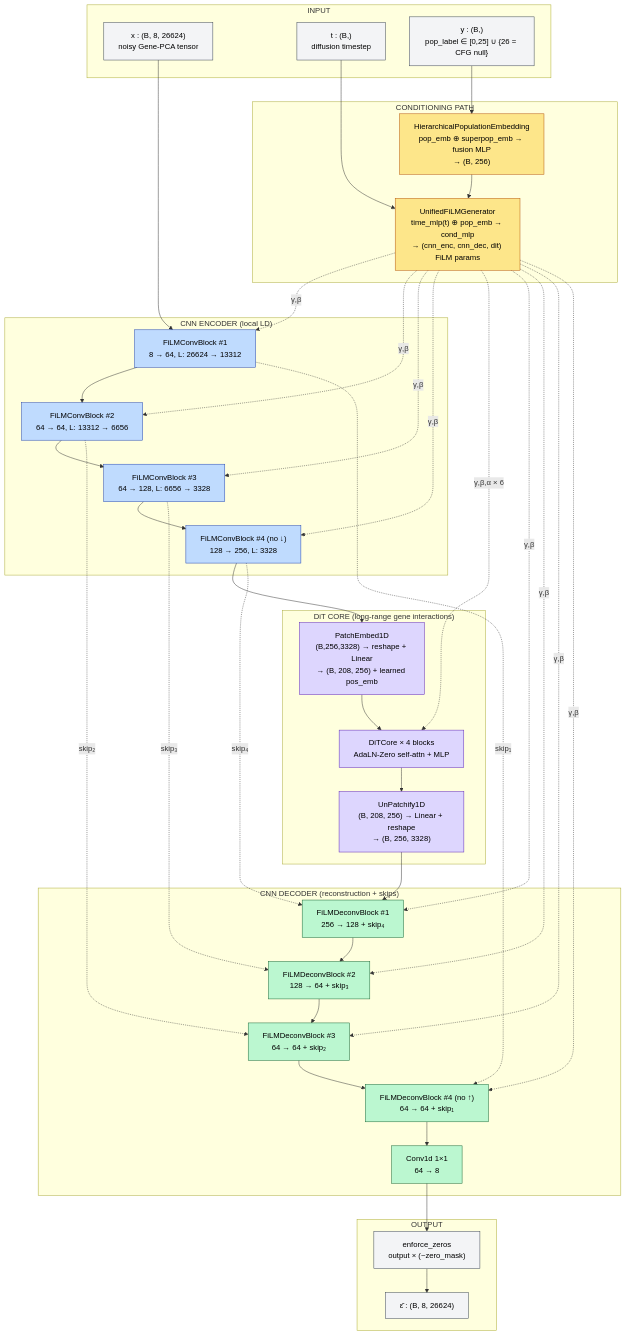
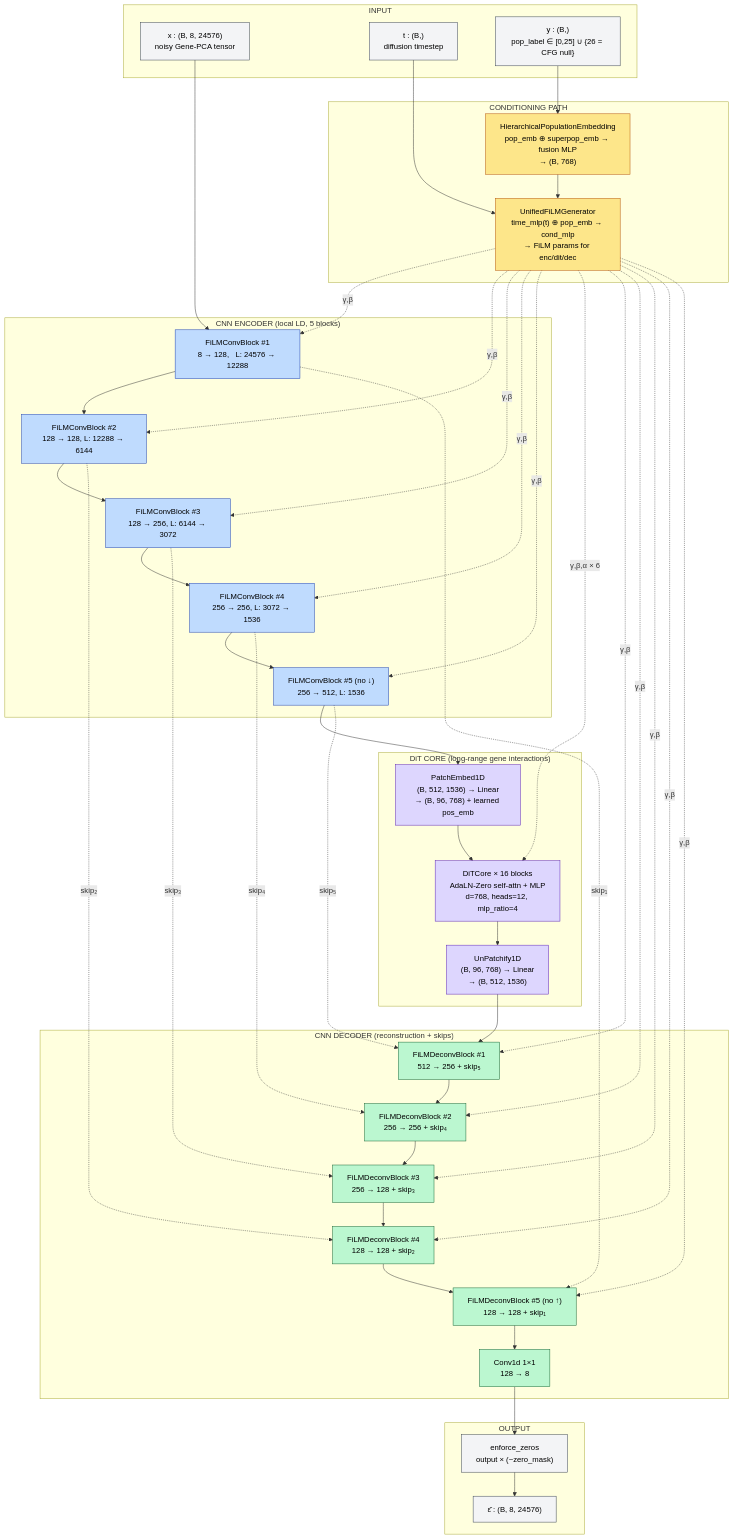
The first of 8 diagrams in README.md (zongseung/gene-synthesis-project), drawn with Mermaid before and after one commit. The commit also changed other lines of this file, not shown here.

````diff
--- a/README.md
+++ b/README.md
@@ -110,71 +127,76 @@
 ```mermaid
 flowchart TD
     subgraph INPUT["INPUT"]
-        X["x : (B, 8, 26624)<br/>noisy Gene-PCA tensor"]
+        X["x : (B, 8, 24576)<br/>noisy Gene-PCA tensor"]
         T["t : (B,)<br/>diffusion timestep"]
         Y["y : (B,)<br/>pop_label ∈ [0,25] ∪ {26 = CFG null}"]
     end
 
     subgraph COND["CONDITIONING PATH"]
-        PE["HierarchicalPopulationEmbedding<br/>pop_emb ⊕ superpop_emb → fusion MLP<br/>→ (B, 256)"]
-        FG["UnifiedFiLMGenerator<br/>time_mlp(t) ⊕ pop_emb → cond_mlp<br/>→ (cnn_enc, cnn_dec, dit) FiLM params"]
+        PE["HierarchicalPopulationEmbedding<br/>pop_emb ⊕ superpop_emb → fusion MLP<br/>→ (B, 768)"]
+        FG["UnifiedFiLMGenerator<br/>time_mlp(t) ⊕ pop_emb → cond_mlp<br/>→ FiLM params for enc/dit/dec"]
     end
 
-    subgraph ENC["CNN ENCODER  (local LD)"]
-        E1["FiLMConvBlock #1<br/>8 → 64,   L: 26624 → 13312"]
-        E2["FiLMConvBlock #2<br/>64 → 64,  L: 13312 → 6656"]
-        E3["FiLMConvBlock #3<br/>64 → 128, L: 6656 → 3328"]
-        E4["FiLMConvBlock #4 (no ↓)<br/>128 → 256, L: 3328"]
+    subgraph ENC["CNN ENCODER  (local LD, 5 blocks)"]
+        E1["FiLMConvBlock #1<br/>8 → 128,   L: 24576 → 12288"]
+        E2["FiLMConvBlock #2<br/>128 → 128, L: 12288 → 6144"]
+        E3["FiLMConvBlock #3<br/>128 → 256, L: 6144 → 3072"]
+        E4["FiLMConvBlock #4<br/>256 → 256, L: 3072 → 1536"]
+        E5["FiLMConvBlock #5 (no ↓)<br/>256 → 512, L: 1536"]
     end
 
     subgraph DITCORE["DiT CORE  (long-range gene interactions)"]
-        P["PatchEmbed1D<br/>(B,256,3328) → reshape + Linear<br/>→ (B, 208, 256) + learned pos_emb"]
-        D["DiTCore × 4 blocks<br/>AdaLN-Zero self-attn + MLP"]
-        U["UnPatchify1D<br/>(B, 208, 256) → Linear + reshape<br/>→ (B, 256, 3328)"]
+        P["PatchEmbed1D<br/>(B, 512, 1536) → Linear<br/>→ (B, 96, 768) + learned pos_emb"]
+        D["DiTCore × 16 blocks<br/>AdaLN-Zero self-attn + MLP<br/>d=768, heads=12, mlp_ratio=4"]
+        U["UnPatchify1D<br/>(B, 96, 768) → Linear<br/>→ (B, 512, 1536)"]
     end
 
     subgraph DEC["CNN DECODER  (reconstruction + skips)"]
-        D1["FiLMDeconvBlock #1<br/>256 → 128 + skip₄"]
-        D2["FiLMDeconvBlock #2<br/>128 → 64  + skip₃"]
-        D3["FiLMDeconvBlock #3<br/>64  → 64  + skip₂"]
-        D4["FiLMDeconvBlock #4 (no ↑)<br/>64  → 64  + skip₁"]
-        FC["Conv1d 1×1<br/>64 → 8"]
+        D1["FiLMDeconvBlock #1<br/>512 → 256 + skip₅"]
+        D2["FiLMDeconvBlock #2<br/>256 → 256 + skip₄"]
+        D3["FiLMDeconvBlock #3<br/>256 → 128 + skip₃"]
+        D4["FiLMDeconvBlock #4<br/>128 → 128 + skip₂"]
+        D5["FiLMDeconvBlock #5 (no ↑)<br/>128 → 128 + skip₁"]
+        FC["Conv1d 1×1<br/>128 → 8"]
     end
 
     subgraph OUT["OUTPUT"]
         Z["enforce_zeros<br/>output × (~zero_mask)"]
-        OUTX["ε̂ : (B, 8, 26624)"]
+        OUTX["ε̂ : (B, 8, 24576)"]
     end
 
-    X --> E1 --> E2 --> E3 --> E4 --> P --> D --> U --> D1 --> D2 --> D3 --> D4 --> FC --> Z --> OUTX
+    X --> E1 --> E2 --> E3 --> E4 --> E5 --> P --> D --> U --> D1 --> D2 --> D3 --> D4 --> D5 --> FC --> Z --> OUTX
 
     T --> FG
     Y --> PE --> FG
 
     FG -. γ,β .-> E1
     FG -. γ,β .-> E2
     FG -. γ,β .-> E3
     FG -. γ,β .-> E4
+    FG -. γ,β .-> E5
     FG -. γ,β,α × 6 .-> D
     FG -. γ,β .-> D1
     FG -. γ,β .-> D2
     FG -. γ,β .-> D3
     FG -. γ,β .-> D4
+    FG -. γ,β .-> D5
 
-    E1 -. skip₁ .-> D4
-    E2 -. skip₂ .-> D3
-    E3 -. skip₃ .-> D2
-    E4 -. skip₄ .-> D1
+    E1 -. skip₁ .-> D5
+    E2 -. skip₂ .-> D4
+    E3 -. skip₃ .-> D3
+    E4 -. skip₄ .-> D2
+    E5 -. skip₅ .-> D1
 
     classDef cond fill:#fde68a,stroke:#b45309,color:#000
     classDef enc  fill:#bfdbfe,stroke:#1e40af,color:#000
     classDef dit  fill:#ddd6fe,stroke:#5b21b6,color:#000
     classDef dec  fill:#bbf7d0,stroke:#166534,color:#000
     classDef io   fill:#f3f4f6,stroke:#374151,color:#000
 
     class PE,FG cond
-    class E1,E2,E3,E4 enc
+    class E1,E2,E3,E4,E5 enc
     class P,D,U dit
-    class D1,D2,D3,D4,FC dec
+    class D1,D2,D3,D4,D5,FC dec
     class X,T,Y,Z,OUTX io
 ```
````
